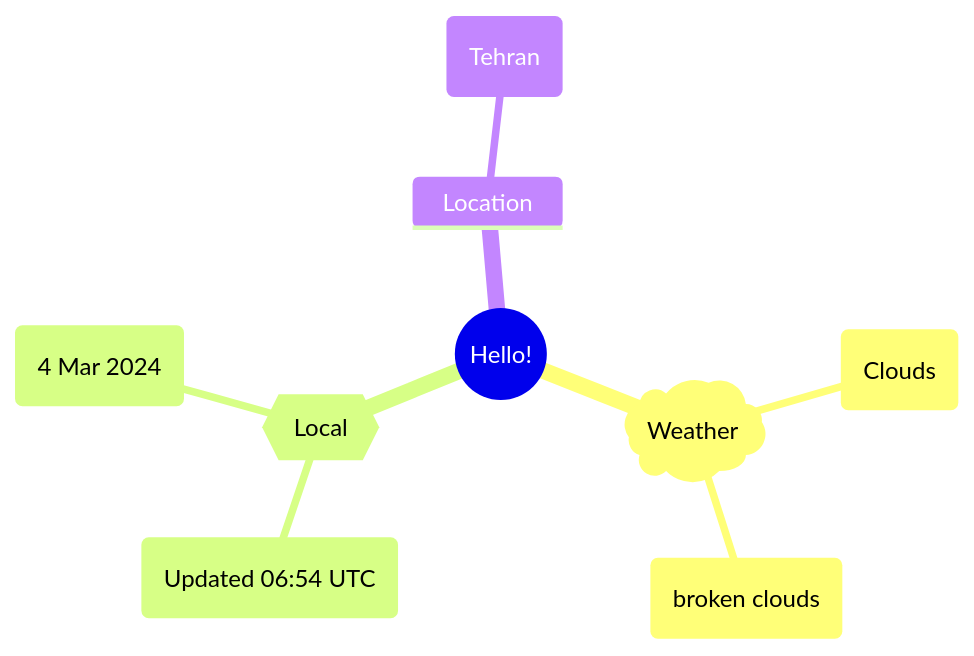
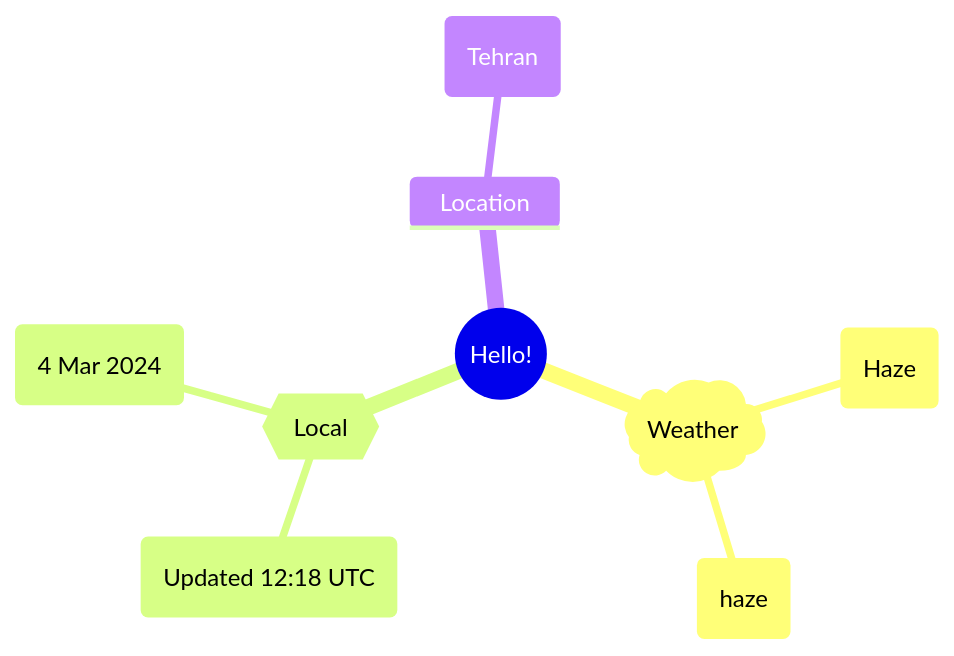
One commit to Xosrov/Xosrov changed the first of 2 diagrams in README.md. Above: the diagram before and after it, drawn with Mermaid.

Commit message:
[bot] updated images

````diff
--- a/README.md
+++ b/README.md
@@ -3,12 +3,12 @@
 ```mermaid
 mindmap
   root((Hello!))
     )Weather(
-        (Clouds)
-        (broken clouds)
+        (Haze)
+        (haze)
     {{Local}}
-        (Updated 06:54 UTC)
+        (Updated 12:18 UTC)
         (4 Mar 2024)
     Location
         (Tehran)
 ```
````
